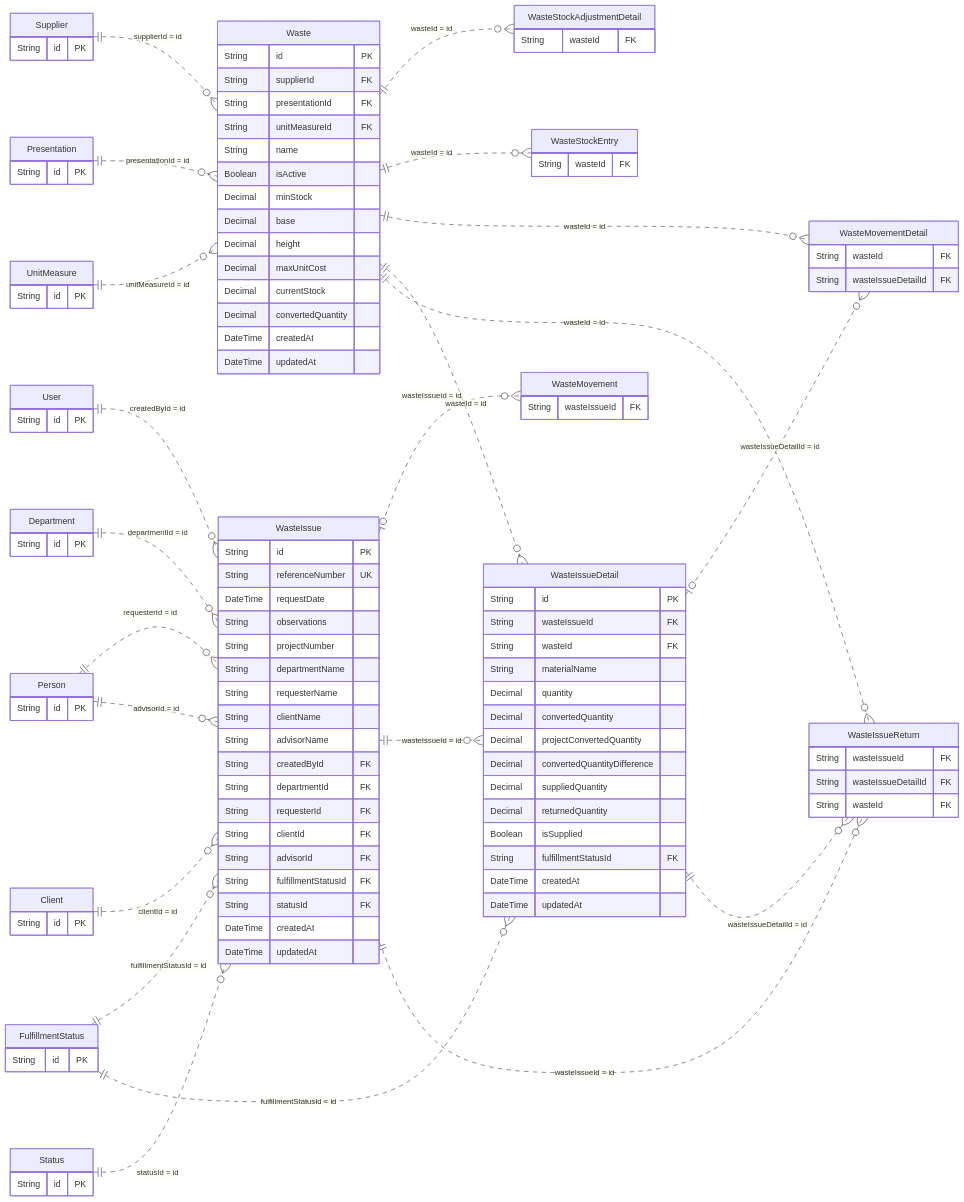
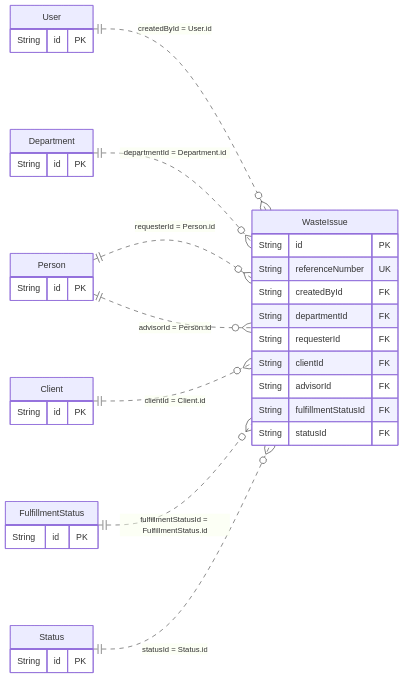
Diagram 17 of 22 in docs/architecture/views/logical/data-and-persistence/generated/database-schema.md (gpgsistemas01/nexus), drawn with Mermaid before and after one commit. The commit also changed other lines of this file and 4 other files, not shown here.

Commit message:
docs: simplificar vista lógica y aclarar relaciones del modelo ER

````diff
--- a/docs/architecture/views/logical/data-and-persistence/generated/database-schema.md
+++ b/docs/architecture/views/logical/data-and-persistence/generated/database-schema.md
@@ -789,32 +514,9 @@
 ```mermaid
 erDiagram
     direction LR
-    Waste {
-        String id PK
-        String supplierId FK
-        String presentationId FK
-        String unitMeasureId FK
-        String name
-        Boolean isActive
-        Decimal minStock
-        Decimal base
-        Decimal height
-        Decimal maxUnitCost
-        Decimal currentStock
-        Decimal convertedQuantity
-        DateTime createdAt
-        DateTime updatedAt
-    }
     WasteIssue {
         String id PK
         String referenceNumber UK
-        DateTime requestDate
-        String observations
-        String projectNumber
-        String departmentName
-        String requesterName
-        String clientName
-        String advisorName
         String createdById FK
         String departmentId FK
         String requesterId FK
@@ -822,46 +524,6 @@
         String advisorId FK
         String fulfillmentStatusId FK
         String statusId FK
-        DateTime createdAt
-        DateTime updatedAt
-    }
-    WasteIssueDetail {
-        String id PK
-        String wasteIssueId FK
-        String wasteId FK
-        String materialName
-        Decimal quantity
-        Decimal convertedQuantity
-        Decimal projectConvertedQuantity
-        Decimal convertedQuantityDifference
-        Decimal suppliedQuantity
-        Decimal returnedQuantity
-        Boolean isSupplied
-        String fulfillmentStatusId FK
-        DateTime createdAt
-        DateTime updatedAt
-    }
-    Supplier {
-        String id PK
-    }
-    Presentation {
-        String id PK
-    }
-    UnitMeasure {
-        String id PK
-    }
-    WasteStockAdjustmentDetail {
-        String wasteId FK
-    }
-    WasteMovement {
-        String wasteIssueId FK
-    }
-    WasteStockEntry {
-        String wasteId FK
-    }
-    WasteMovementDetail {
-        String wasteId FK
-        String wasteIssueDetailId FK
     }
     User {
         String id PK
@@ -881,30 +543,11 @@
     Status {
         String id PK
     }
-    WasteIssueReturn {
-        String wasteIssueId FK
-        String wasteIssueDetailId FK
-        String wasteId FK
-    }
-    Supplier ||..o{ Waste : "supplierId = id"
-    Presentation ||..o{ Waste : "presentationId = id"
-    UnitMeasure ||..o{ Waste : "unitMeasureId = id"
-    Waste ||..o{ WasteStockAdjustmentDetail : "wasteId = id"
-    WasteIssue o|..o{ WasteMovement : "wasteIssueId = id"
-    Waste ||..o{ WasteStockEntry : "wasteId = id"
-    Waste ||..o{ WasteMovementDetail : "wasteId = id"
-    WasteIssueDetail o|..o{ WasteMovementDetail : "wasteIssueDetailId = id"
-    User ||..o{ WasteIssue : "createdById = id"
-    Department ||..o{ WasteIssue : "departmentId = id"
-    Person ||..o{ WasteIssue : "requesterId = id"
-    Client ||..o{ WasteIssue : "clientId = id"
-    Person ||..o{ WasteIssue : "advisorId = id"
-    FulfillmentStatus ||..o{ WasteIssue : "fulfillmentStatusId = id"
-    Status ||..o{ WasteIssue : "statusId = id"
-    WasteIssue ||..o{ WasteIssueDetail : "wasteIssueId = id"
-    Waste ||..o{ WasteIssueDetail : "wasteId = id"
-    FulfillmentStatus ||..o{ WasteIssueDetail : "fulfillmentStatusId = id"
-    WasteIssue ||..o{ WasteIssueReturn : "wasteIssueId = id"
-    WasteIssueDetail ||..o{ WasteIssueReturn : "wasteIssueDetailId = id"
-    Waste ||..o{ WasteIssueReturn : "wasteId = id"
+    User ||..o{ WasteIssue : "createdById = User.id"
+    Department ||..o{ WasteIssue : "departmentId = Department.id"
+    Person ||..o{ WasteIssue : "requesterId = Person.id"
+    Client ||..o{ WasteIssue : "clientId = Client.id"
+    Person ||..o{ WasteIssue : "advisorId = Person.id"
+    FulfillmentStatus ||..o{ WasteIssue : "fulfillmentStatusId = FulfillmentStatus.id"
+    Status ||..o{ WasteIssue : "statusId = Status.id"
 ```
````
